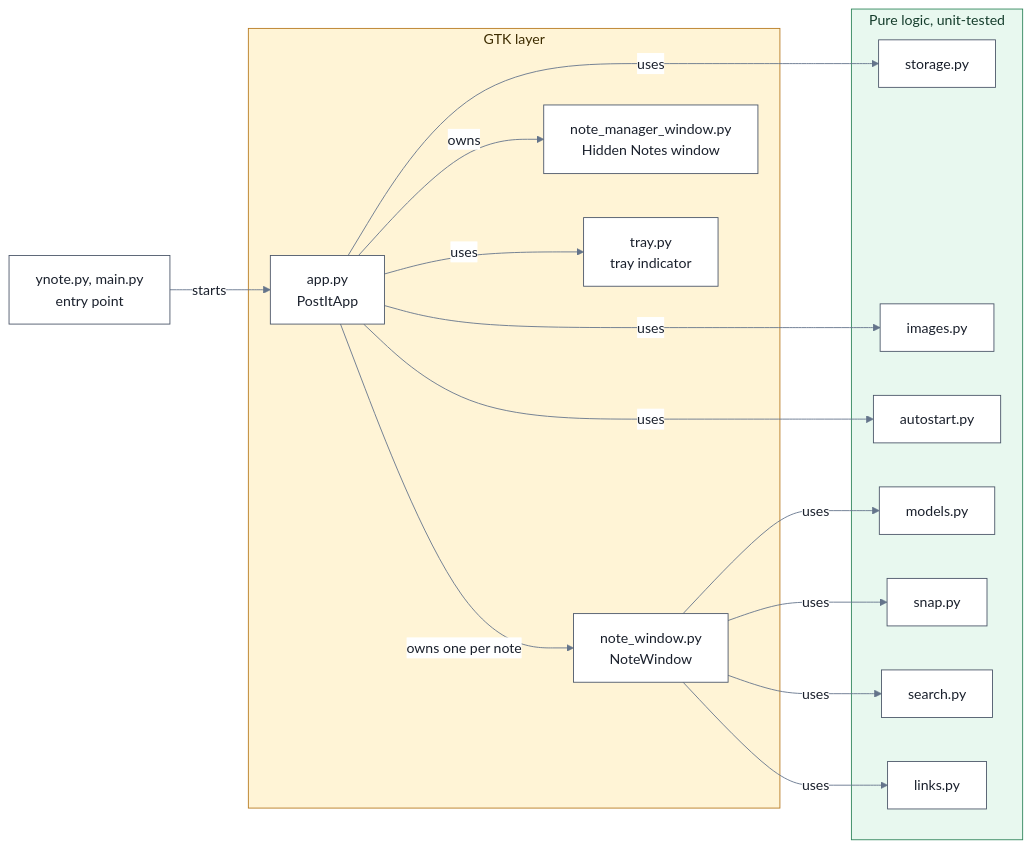
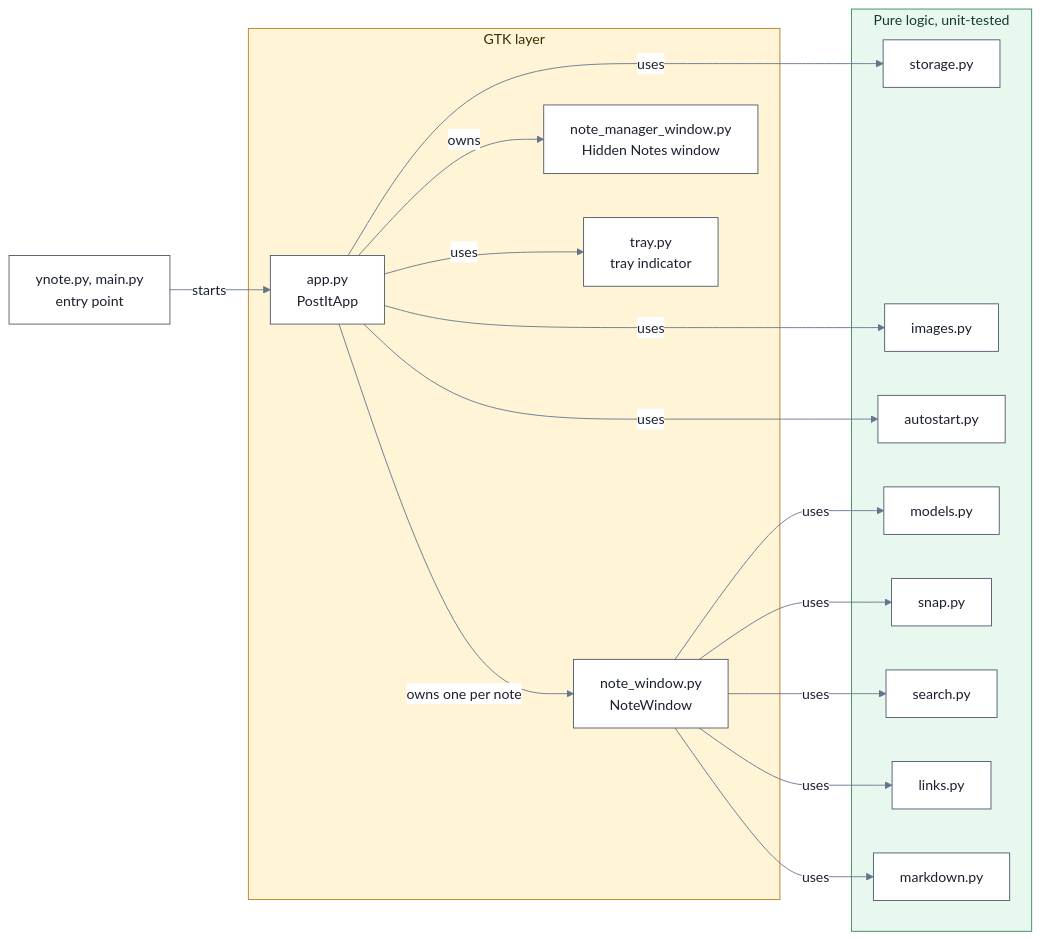
One commit to vacu9708/ynote changed the first of 2 diagrams in ARCHITECTURE.md. Above: the diagram before and after it, drawn with Mermaid. The commit also changed other lines of this file and 5 other files, not shown here.

````diff
--- a/ARCHITECTURE.md
+++ b/ARCHITECTURE.md
@@ -13,39 +13,41 @@
 ```mermaid
 %%{init: {'theme': 'base', 'themeVariables': {'primaryColor': '#FFFFFF', 'primaryTextColor': '#1A202C', 'primaryBorderColor': '#4A5568', 'lineColor': '#64748B', 'edgeLabelBackground': '#FFFFFF', 'titleColor': '#1A202C'}}}%%
 flowchart LR
     Main["ynote.py, main.py<br/>entry point"]
 
     subgraph GTK["GTK layer"]
         App["app.py<br/>PostItApp"]
         Window["note_window.py<br/>NoteWindow"]
         Manager["note_manager_window.py<br/>Hidden Notes window"]
         Tray["tray.py<br/>tray indicator"]
     end
 
     subgraph Pure["Pure logic, unit-tested"]
         Storage["storage.py"]
         Images["images.py"]
         Autostart["autostart.py"]
         Models["models.py"]
         Snap["snap.py"]
         Search["search.py"]
         Links["links.py"]
+        Markdown["markdown.py"]
     end
 
     Main -->|starts| App
     App -->|owns one per note| Window
     App -->|owns| Manager
     App -->|uses| Tray
     App -->|uses| Storage
     App -->|uses| Images
     App -->|uses| Autostart
     Window -->|uses| Models
     Window -->|uses| Snap
     Window -->|uses| Search
     Window -->|uses| Links
+    Window -->|uses| Markdown
 
     classDef node fill:#FFFFFF,stroke:#4A5568,color:#1A202C
-    class Main,App,Window,Manager,Tray,Storage,Images,Autostart,Models,Snap,Search,Links node
+    class Main,App,Window,Manager,Tray,Storage,Images,Autostart,Models,Snap,Search,Links,Markdown node
     style GTK fill:#FFF4D6,stroke:#B7791F,color:#3D2C00
     style Pure fill:#E8F8EF,stroke:#2F855A,color:#143C2B
 ```
````
